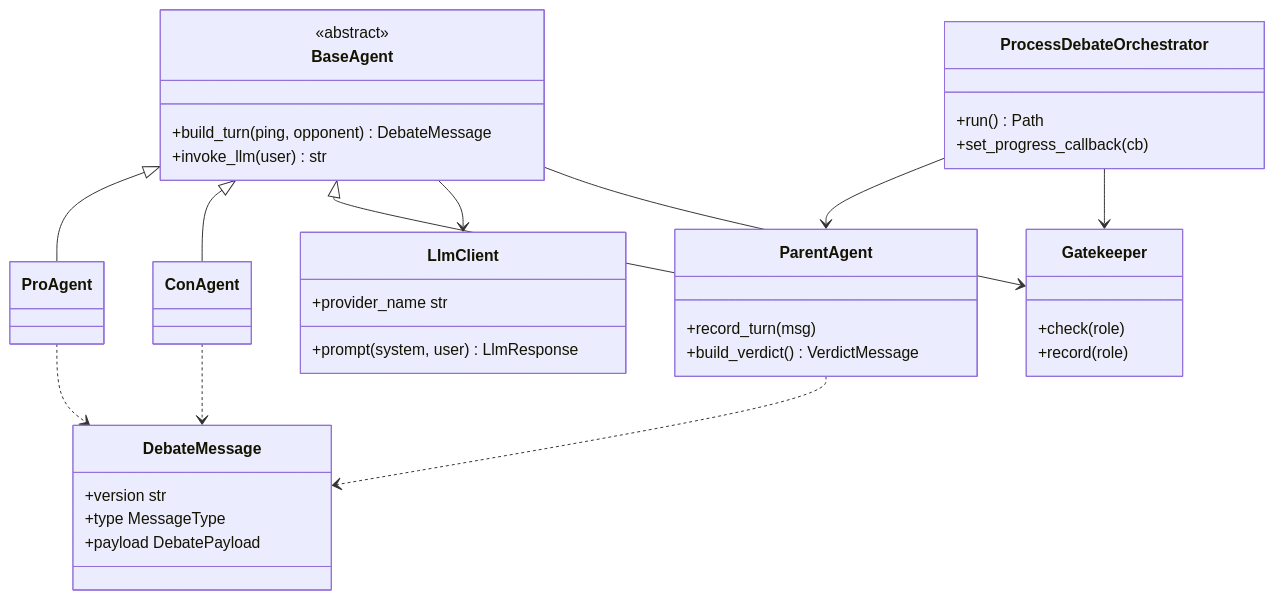
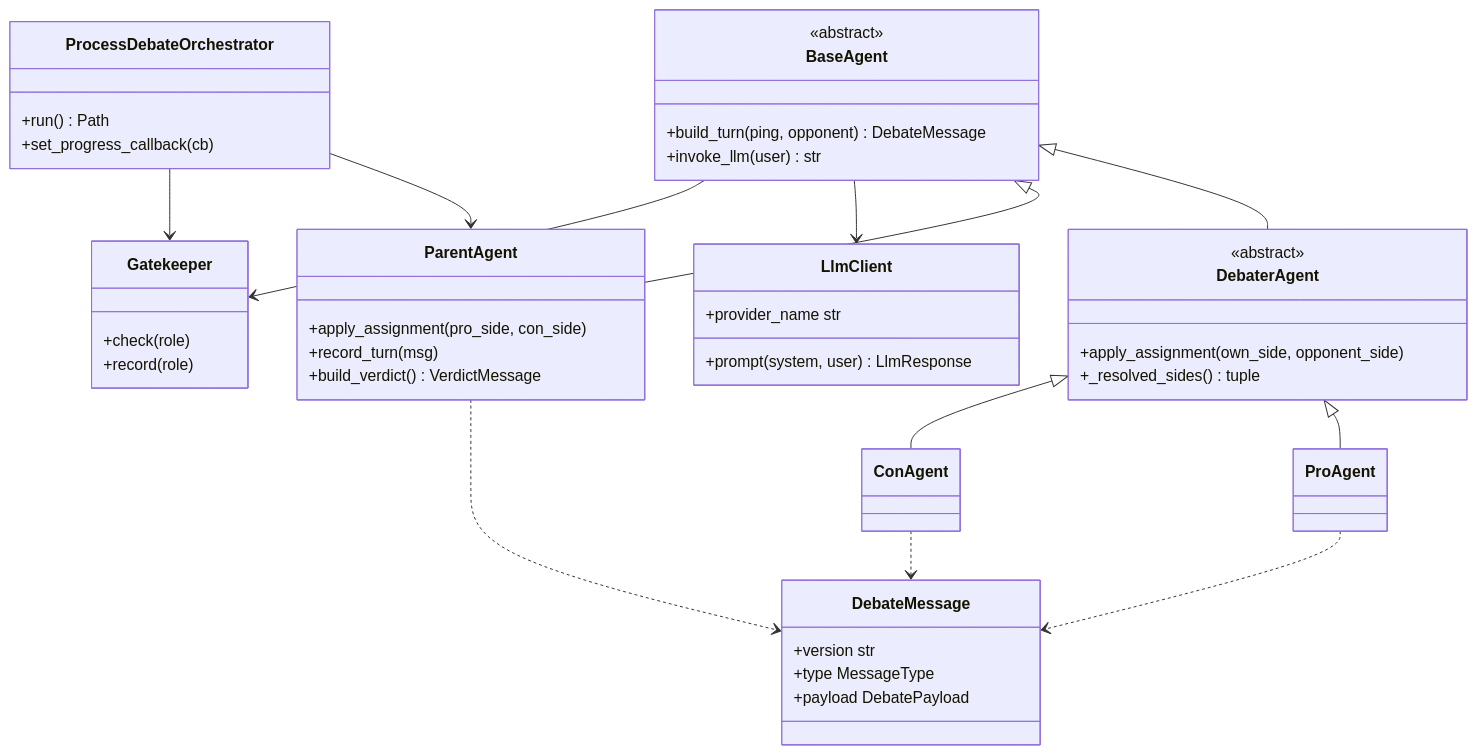
One commit to RenatKarimovBMF/ai-agent-debate-rkarimov-aengel changed the third of 3 diagrams in docs/PLAN.md. Above: the diagram before and after it, drawn with Mermaid. The commit also changed other lines of this file and 2 other files, not shown here.

````diff
--- a/docs/PLAN.md
+++ b/docs/PLAN.md
@@ -127,42 +127,49 @@
 ```mermaid
 classDiagram
     class ProcessDebateOrchestrator {
         +run() Path
         +set_progress_callback(cb)
     }
     class BaseAgent {
         <<abstract>>
         +build_turn(ping, opponent) DebateMessage
         +invoke_llm(user) str
     }
+    class DebaterAgent {
+        <<abstract>>
+        +apply_assignment(own_side, opponent_side)
+        +_resolved_sides() tuple
+    }
     class ProAgent
     class ConAgent
     class ParentAgent {
+        +apply_assignment(pro_side, con_side)
         +record_turn(msg)
         +build_verdict() VerdictMessage
     }
     class Gatekeeper {
         +check(role)
         +record(role)
     }
     class LlmClient {
         +prompt(system, user) LlmResponse
         +provider_name str
     }
     class DebateMessage {
         +version str
         +type MessageType
         +payload DebatePayload
     }
 
-    BaseAgent <|-- ProAgent
-    BaseAgent <|-- ConAgent
+    BaseAgent <|-- DebaterAgent
+    DebaterAgent <|-- ProAgent
+    DebaterAgent <|-- ConAgent
     BaseAgent <|-- ParentAgent
     ProcessDebateOrchestrator --> ParentAgent
     ProcessDebateOrchestrator --> Gatekeeper
     BaseAgent --> LlmClient
     BaseAgent --> Gatekeeper
     ProAgent ..> DebateMessage
     ConAgent ..> DebateMessage
     ParentAgent ..> DebateMessage
 ```
````
